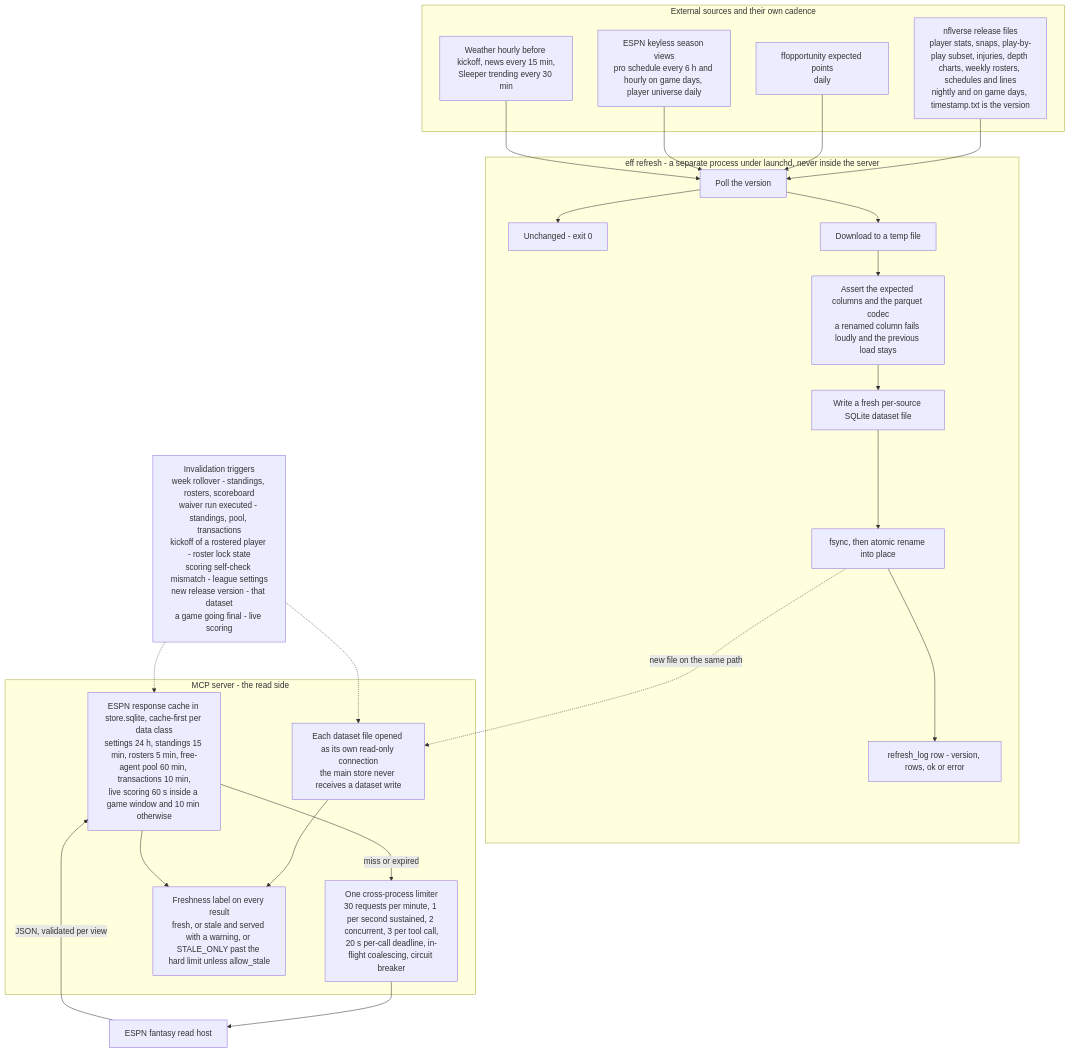
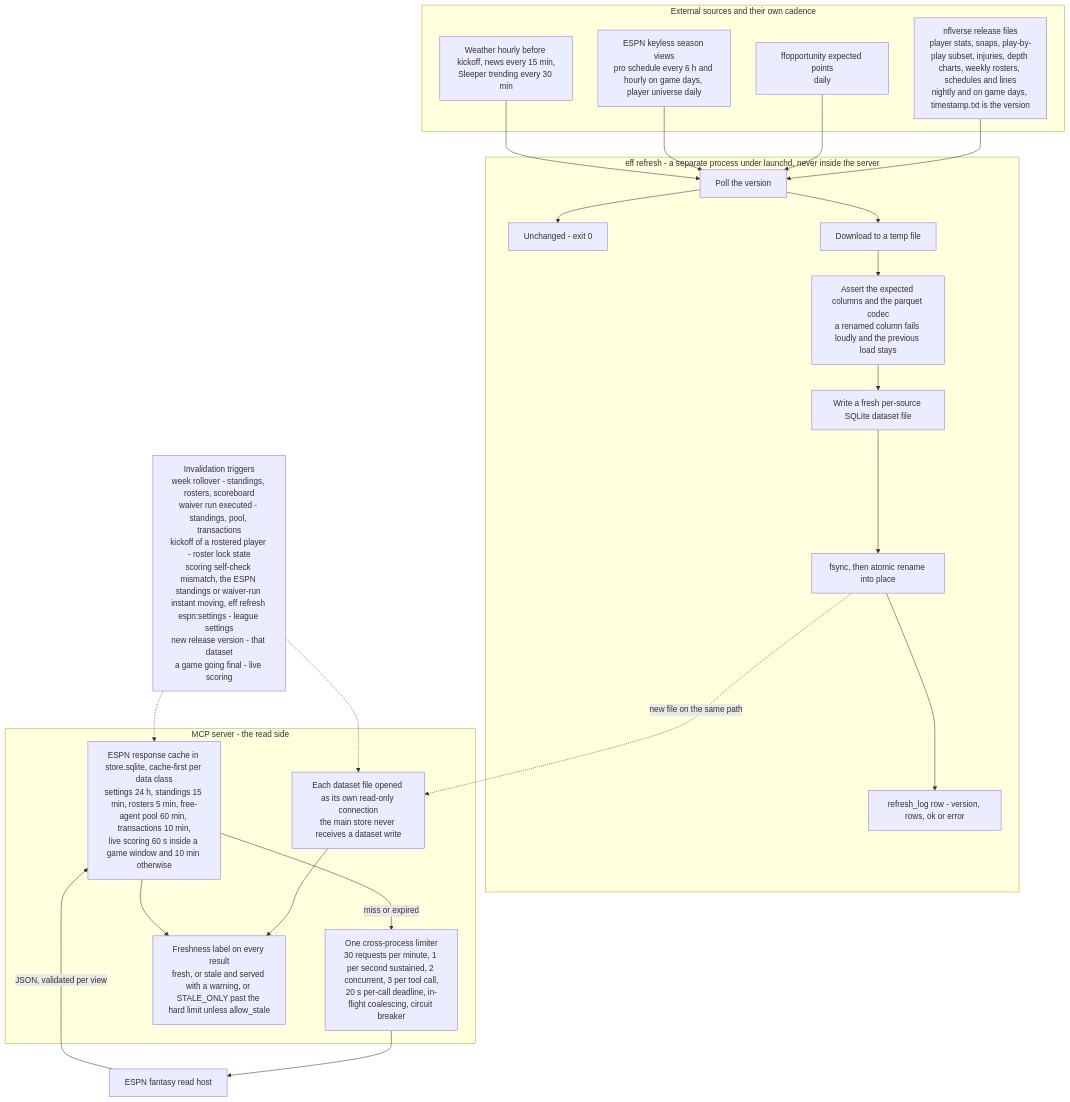
Before and after one commit to ChadPapineau/espn-fantasy-football-mcp: the third of 8 diagrams in README.md, drawn with Mermaid. The commit also changed other lines of this file and 6 other files, not shown here.

````diff
--- a/README.md
+++ b/README.md
@@ -319,45 +319,45 @@
 ```mermaid
 %% 3. Data ingestion and caching - two paths into one read side
 flowchart TB
   subgraph SRC["External sources and their own cadence"]
     NV["nflverse release files<br/>player stats, snaps, play-by-play subset, injuries, depth charts, weekly rosters, schedules and lines<br/>nightly and on game days, timestamp.txt is the version"]
     FFO["ffopportunity expected points<br/>daily"]
     ESV["ESPN keyless season views<br/>pro schedule every 6 h and hourly on game days, player universe daily"]
     OTH["Weather hourly before kickoff, news every 15 min,<br/>Sleeper trending every 30 min"]
   end
   subgraph REF["eff refresh - a separate process under launchd, never inside the server"]
     POLL["Poll the version"]
     SKIP["Unchanged - exit 0"]
     DL["Download to a temp file"]
     ASSERT["Assert the expected columns and the parquet codec<br/>a renamed column fails loudly and the previous load stays"]
     WRITE["Write a fresh per-source SQLite dataset file"]
     PUB["fsync, then atomic rename into place"]
     LOG["refresh_log row - version, rows, ok or error"]
   end
   subgraph SERVER["MCP server - the read side"]
     DSR["Each dataset file opened as its own read-only connection<br/>the main store never receives a dataset write"]
     EC["ESPN response cache in store.sqlite, cache-first per data class<br/>settings 24 h, standings 15 min, rosters 5 min, free-agent pool 60 min, transactions 10 min,<br/>live scoring 60 s inside a game window and 10 min otherwise"]
     LIM["One cross-process limiter<br/>30 requests per minute, 1 per second sustained, 2 concurrent, 3 per tool call,<br/>20 s per-call deadline, in-flight coalescing, circuit breaker"]
     FRESH["Freshness label on every result<br/>fresh, or stale and served with a warning, or STALE_ONLY past the hard limit unless allow_stale"]
   end
   ESPN["ESPN fantasy read host"]
-  INV["Invalidation triggers<br/>week rollover - standings, rosters, scoreboard<br/>waiver run executed - standings, pool, transactions<br/>kickoff of a rostered player - roster lock state<br/>scoring self-check mismatch - league settings<br/>new release version - that dataset<br/>a game going final - live scoring"]
+  INV["Invalidation triggers<br/>week rollover - standings, rosters, scoreboard<br/>waiver run executed - standings, pool, transactions<br/>kickoff of a rostered player - roster lock state<br/>scoring self-check mismatch, the ESPN standings or waiver-run instant moving, eff refresh espn:settings - league settings<br/>new release version - that dataset<br/>a game going final - live scoring"]
   NV --> POLL
   FFO --> POLL
   ESV --> POLL
   OTH --> POLL
   POLL --> SKIP
   POLL --> DL
   DL --> ASSERT
   ASSERT --> WRITE
   WRITE --> PUB
   PUB --> LOG
   PUB -. "new file on the same path" .-> DSR
   EC -- "miss or expired" --> LIM
   LIM --> ESPN
   ESPN -- "JSON, validated per view" --> EC
   DSR --> FRESH
   EC --> FRESH
   INV -.-> EC
   INV -.-> DSR
 ```
````
